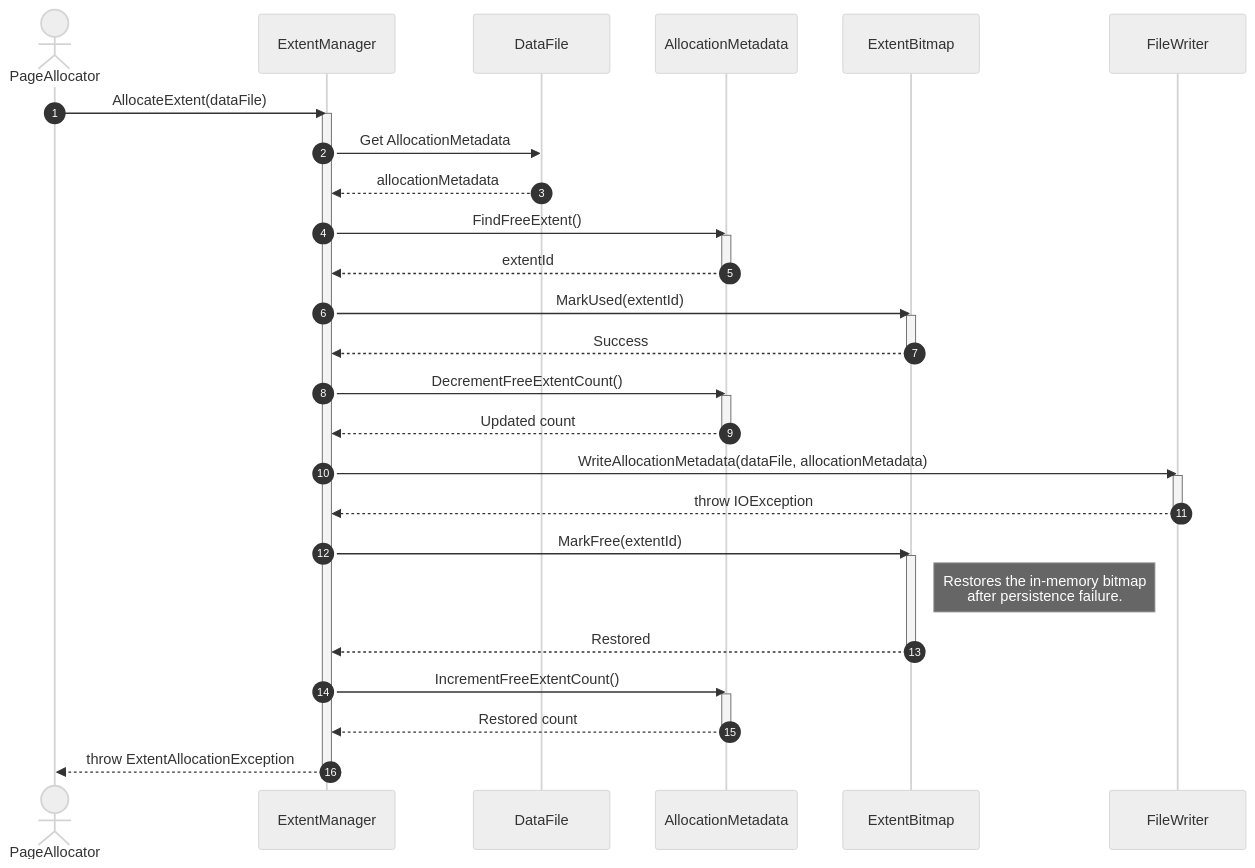
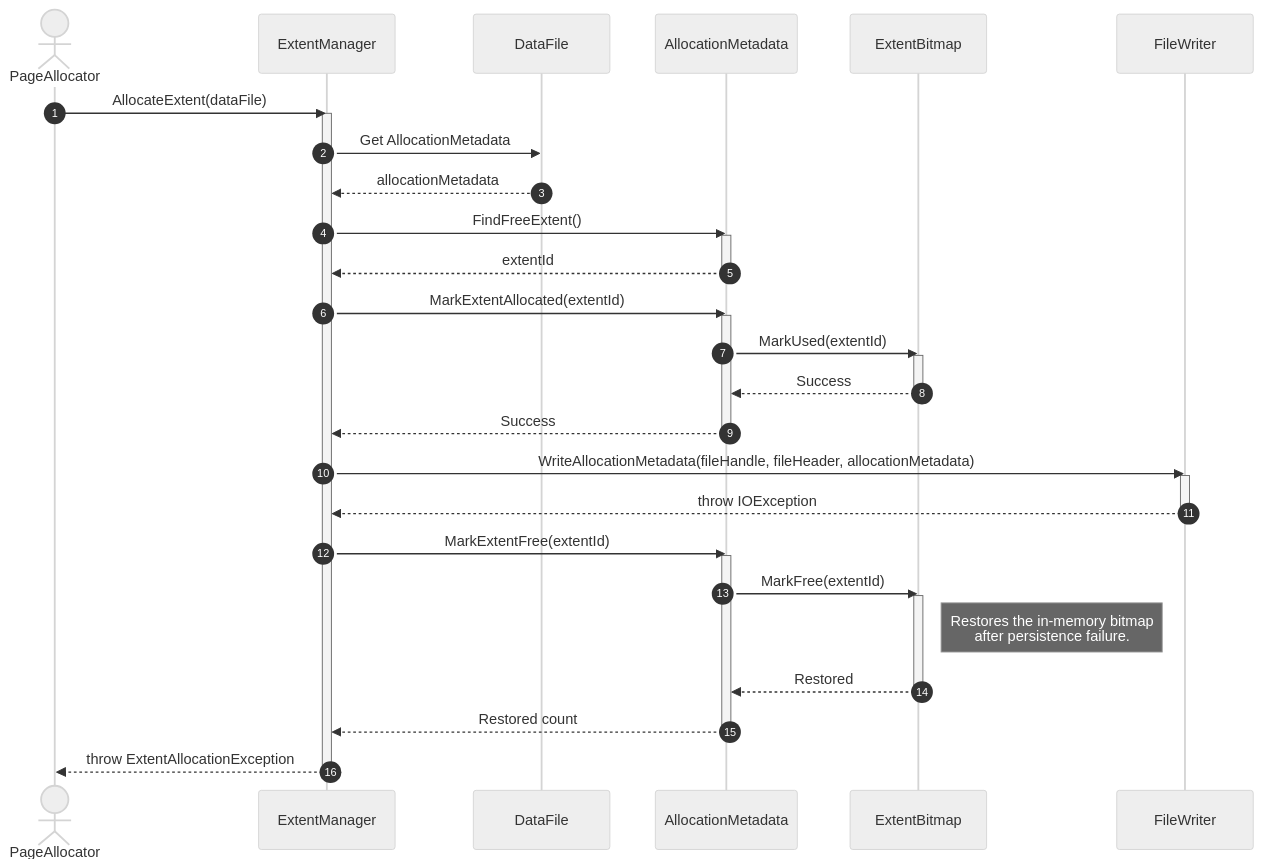
Before and after one commit to manaxpow/DBMS: the sixth of 6 diagrams in docs/diagrams/sequence-diagrams/storage-engine/file-management/extent-management/allocate-extent.md, drawn with Mermaid (neutral theme). The commit also changed other lines of this file and 98 other files, not shown here.

````diff
--- a/docs/diagrams/sequence-diagrams/storage-engine/file-management/extent-management/allocate-extent.md
+++ b/docs/diagrams/sequence-diagrams/storage-engine/file-management/extent-management/allocate-extent.md
@@ -270,52 +284,50 @@
 ```mermaid
 sequenceDiagram
     autonumber
 
     actor PA as PageAllocator
     participant EM as ExtentManager
     participant DF as DataFile
     participant AM as AllocationMetadata
     participant EB as ExtentBitmap
     participant FW as FileWriter
 
     PA->>EM: AllocateExtent(dataFile)
     activate EM
 
     EM->>DF: Get AllocationMetadata
     DF-->>EM: allocationMetadata
 
     EM->>AM: FindFreeExtent()
     activate AM
     AM-->>EM: extentId
     deactivate AM
 
-    EM->>EB: MarkUsed(extentId)
+    EM->>AM: MarkExtentAllocated(extentId)
+    activate AM
+    AM->>EB: MarkUsed(extentId)
     activate EB
-    EB-->>EM: Success
+    EB-->>AM: Success
     deactivate EB
-
-    EM->>AM: DecrementFreeExtentCount()
-    activate AM
-    AM-->>EM: Updated count
+    AM-->>EM: Success
     deactivate AM
 
-    EM->>FW: WriteAllocationMetadata(dataFile, allocationMetadata)
+    EM->>FW: WriteAllocationMetadata(fileHandle, fileHeader, allocationMetadata)
     activate FW
 
     FW-->>EM: throw IOException
     deactivate FW
 
-    EM->>EB: MarkFree(extentId)
+    EM->>AM: MarkExtentFree(extentId)
+    activate AM
+    AM->>EB: MarkFree(extentId)
     activate EB
     note right of EB: Restores the in-memory bitmap<br/>after persistence failure.
-    EB-->>EM: Restored
+    EB-->>AM: Restored
     deactivate EB
-
-    EM->>AM: IncrementFreeExtentCount()
-    activate AM
     AM-->>EM: Restored count
     deactivate AM
 
     EM-->>PA: throw ExtentAllocationException
     deactivate EM
 ```
````
